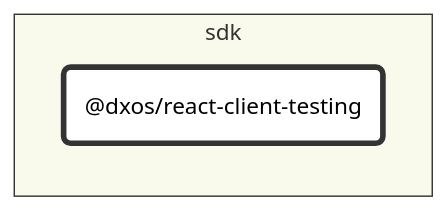
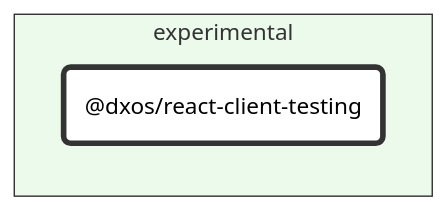
Before and after one commit to dxos/dxos: the diagram in packages/experimental/react-client-testing/docs/README.md, drawn with Mermaid (neutral theme). The commit also changed 95 other files, not shown here.

Commit message:
Class diagrams.

````diff
--- a/packages/experimental/react-client-testing/docs/README.md
+++ b/packages/experimental/react-client-testing/docs/README.md
@@ -7,20 +7,20 @@
 ```mermaid
 %%{ init: {'flowchart':{'curve':'basis'}} }%%
 
 flowchart LR
 
 %% Classes
 classDef def fill:#fff,stroke:#333,stroke-width:1px
 classDef root fill:#fff,stroke:#333,stroke-width:4px
 
 %% Nodes
 
-subgraph sdk [sdk]
-  style sdk fill:#f9faeb,stroke:#333
+subgraph experimental [experimental]
+  style experimental fill:#ecfaeb,stroke:#333
   dxos/react-client-testing("@dxos/react-client-testing"):::root
-  click dxos/react-client-testing "dxos/dxos/tree/main/packages/sdk/react-client-testing/docs"
+  click dxos/react-client-testing "dxos/dxos/tree/main/packages/experimental/react-client-testing/docs"
 end
 
 %% Links
 linkStyle default stroke:#333,stroke-width:1px
 ```
````
